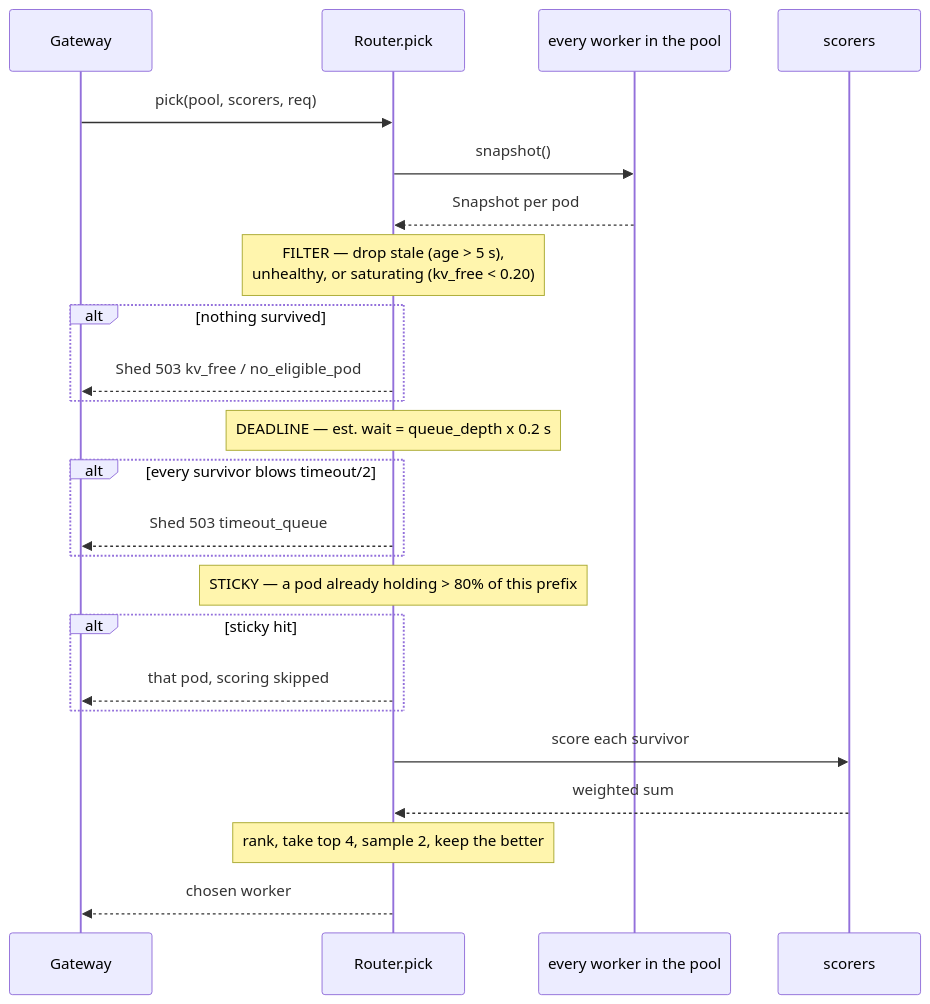
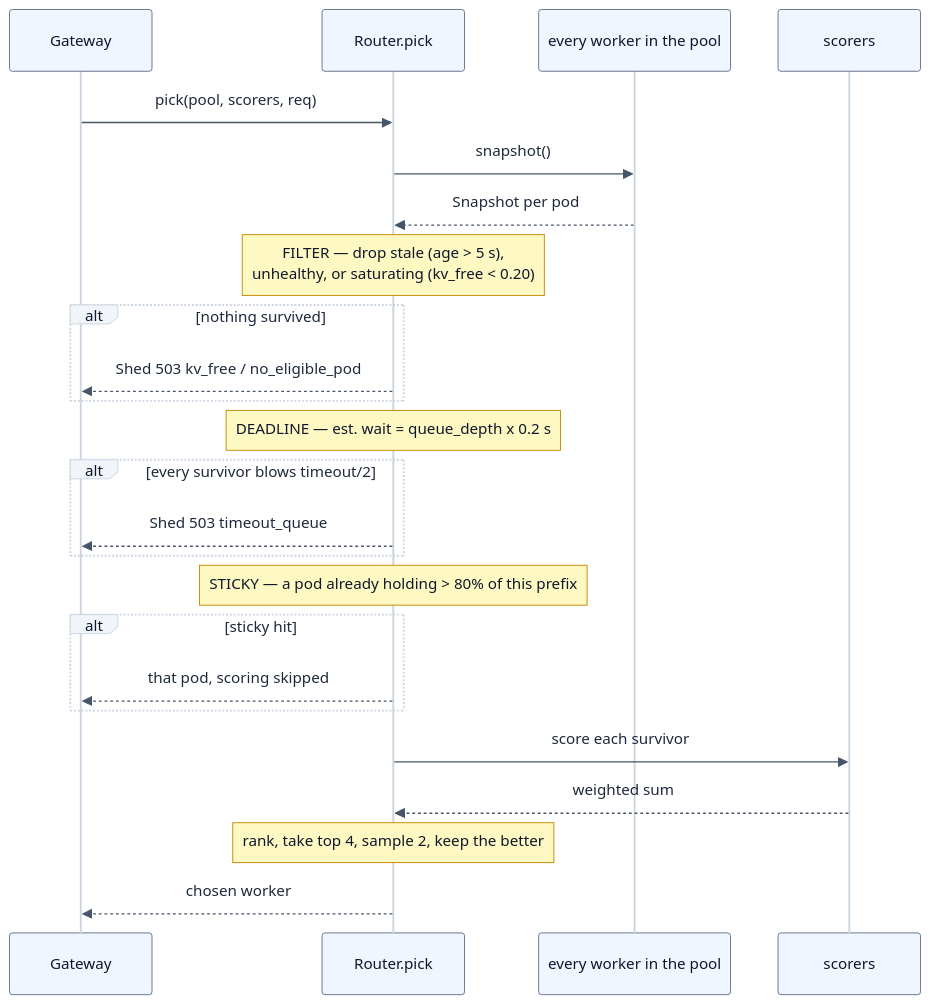
One commit to harshuljain13/Dodona changed the first of 2 diagrams in docs/cluster/router.md. Above: the diagram before and after it, drawn with Mermaid. The commit also changed other lines of this file and 15 other files, not shown here.

````diff
--- a/docs/cluster/router.md
+++ b/docs/cluster/router.md
@@ -32,31 +32,40 @@
 ```mermaid
+%%{init: {'theme':'base','themeVariables':{
+  'fontFamily':'ui-sans-serif, -apple-system, Segoe UI, Inter, Helvetica, Arial, sans-serif','fontSize':'13.5px',
+  'actorBkg':'#eff6ff','actorBorder':'#64748b','actorTextColor':'#0f172a','actorLineColor':'#cbd5e1',
+  'signalColor':'#475569','signalTextColor':'#1e293b',
+  'noteBkgColor':'#fef9c3','noteBorderColor':'#ca8a04','noteTextColor':'#0f172a',
+  'activationBkgColor':'#dbeafe','activationBorderColor':'#64748b',
+  'labelBoxBkgColor':'#f1f5f9','labelBoxBorderColor':'#cbd5e1','labelTextColor':'#0f172a',
+  'sequenceNumberColor':'#ffffff','loopTextColor':'#1e293b'
+}}}%%
 sequenceDiagram
     participant G as Gateway
     participant R as Router.pick
     participant W as every worker in the pool
     participant S as scorers
 
     G->>R: pick(pool, scorers, req)
 
     R->>W: snapshot()
     W-->>R: Snapshot per pod
     Note over R: FILTER — drop stale (age > 5 s),<br/>unhealthy, or saturating (kv_free < 0.20)
     alt nothing survived
         R-->>G: Shed 503 kv_free / no_eligible_pod
     end
 
     Note over R: DEADLINE — est. wait = queue_depth x 0.2 s
     alt every survivor blows timeout/2
         R-->>G: Shed 503 timeout_queue
     end
 
     Note over R: STICKY — a pod already holding > 80% of this prefix
     alt sticky hit
         R-->>G: that pod, scoring skipped
     end
 
     R->>S: score each survivor
     S-->>R: weighted sum
     Note over R: rank, take top 4, sample 2, keep the better
     R-->>G: chosen worker
 ```
````
